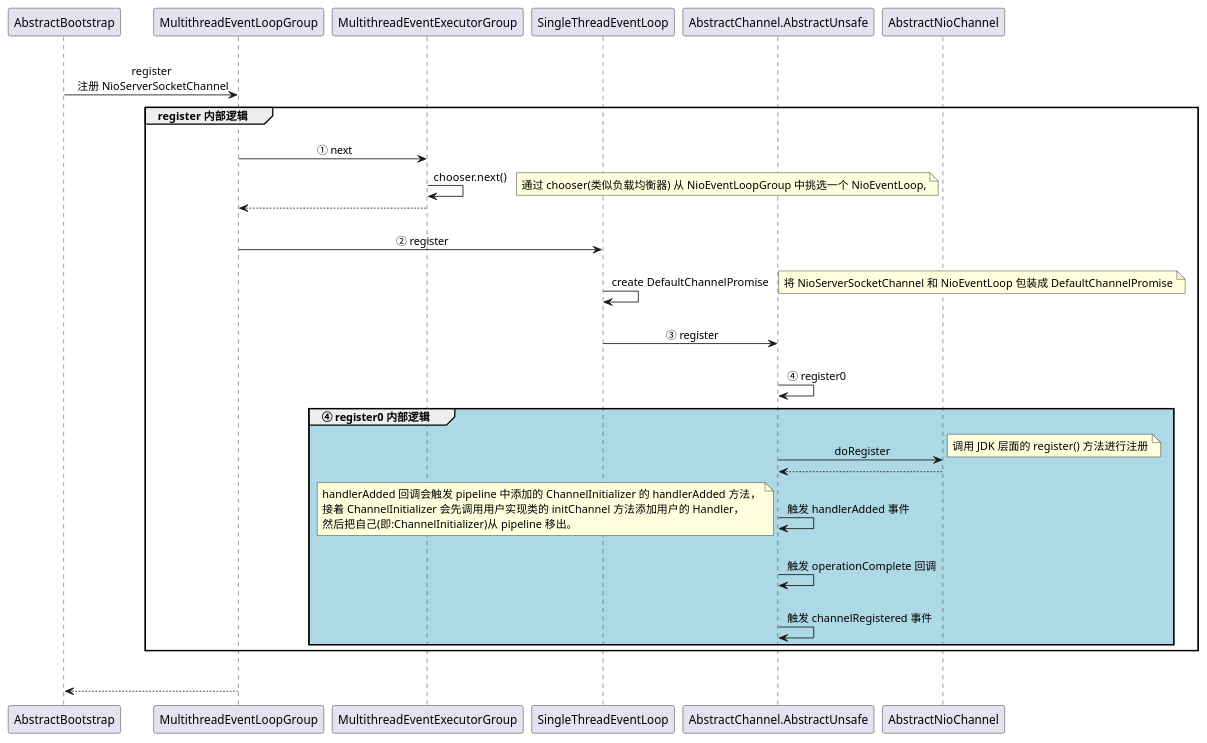
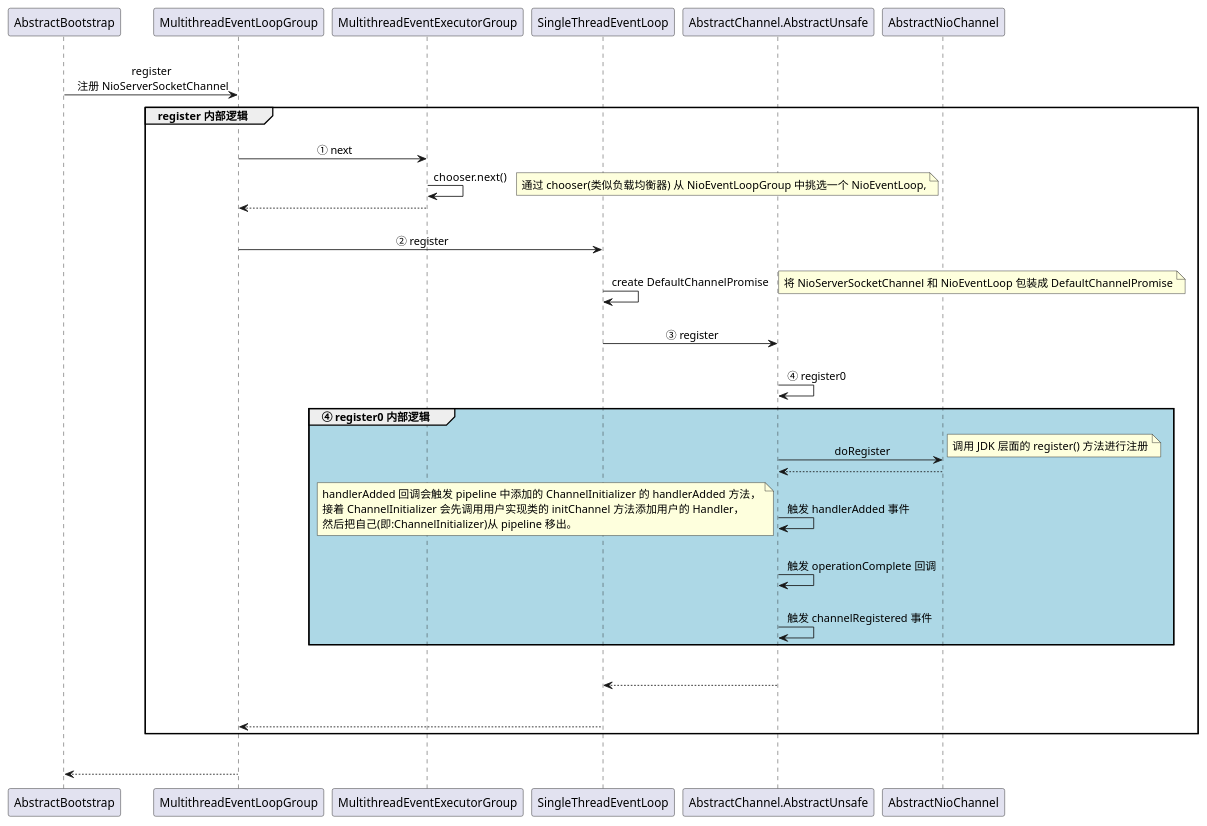
One commit to Simba-cheng/netty changed the diagram in puml/1_1_1-ServerBootstrap#initAndRegister#register.puml. Above: the diagram before and after it, drawn with PlantUML.

Commit message:
refactor(code): 源码添加注释、流程图、类图

```diff
--- a/puml/1_1_1-ServerBootstrap#initAndRegister#register.puml
+++ b/puml/1_1_1-ServerBootstrap#initAndRegister#register.puml
@@ -1,51 +1,53 @@
 @startuml
 
 '箭头上的文字居中
 skinparam sequenceMessageAlign center
 
 AbstractBootstrap -> MultithreadEventLoopGroup: \n register \n 注册 NioServerSocketChannel
 
     group register 内部逻辑
 
         MultithreadEventLoopGroup -> MultithreadEventExecutorGroup: \n ① next
         MultithreadEventExecutorGroup -> MultithreadEventExecutorGroup: chooser.next()
         note right
             通过 chooser(类似负载均衡器) 从 NioEventLoopGroup 中挑选一个 NioEventLoop,
         end note
         MultithreadEventExecutorGroup --> MultithreadEventLoopGroup
 
 
         MultithreadEventLoopGroup -> SingleThreadEventLoop: \n ② register
 
         SingleThreadEventLoop -> SingleThreadEventLoop: \n create DefaultChannelPromise
         note right
             将 NioServerSocketChannel 和 NioEventLoop 包装成 DefaultChannelPromise
         end note
 
         SingleThreadEventLoop -> AbstractChannel.AbstractUnsafe: \n ③ register
 
         AbstractChannel.AbstractUnsafe -> AbstractChannel.AbstractUnsafe: \n ④ register0
 
             group #ADD8E6 ④ register0 内部逻辑
                 AbstractChannel.AbstractUnsafe -> AbstractNioChannel: \n doRegister
                 note right: 调用 JDK 层面的 register() 方法进行注册
                 AbstractNioChannel --> AbstractChannel.AbstractUnsafe
 
                 AbstractChannel.AbstractUnsafe -> AbstractChannel.AbstractUnsafe: \n 触发 handlerAdded 事件
                 note left
                 handlerAdded 回调会触发 pipeline 中添加的 ChannelInitializer 的 handlerAdded 方法，
                 接着 ChannelInitializer 会先调用用户实现类的 initChannel 方法添加用户的 Handler，
                 然后把自己(即:ChannelInitializer)从 pipeline 移出。
                 end note
 
                 AbstractChannel.AbstractUnsafe -> AbstractChannel.AbstractUnsafe: \n 触发 operationComplete 回调
+                AbstractChannel.AbstractUnsafe -> AbstractChannel.AbstractUnsafe: \n 触发 channelRegistered 事件
+            end
 
-                AbstractChannel.AbstractUnsafe -> AbstractChannel.AbstractUnsafe: \n 触发 channelRegistered 事件
+            AbstractChannel.AbstractUnsafe --> SingleThreadEventLoop: \n
 
-            end
+            SingleThreadEventLoop --> MultithreadEventLoopGroup: \n
 
     end
 
 MultithreadEventLoopGroup --> AbstractBootstrap: \n
 
 @enduml
```
